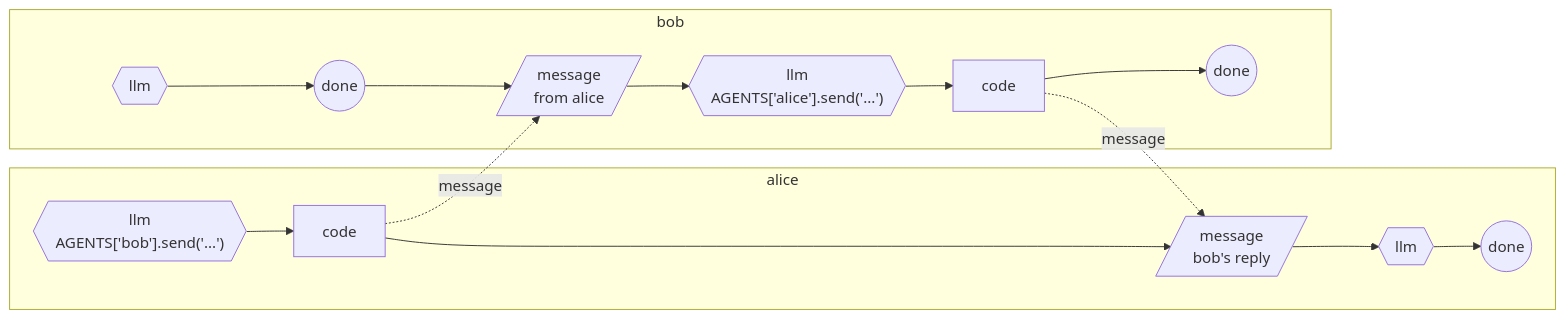
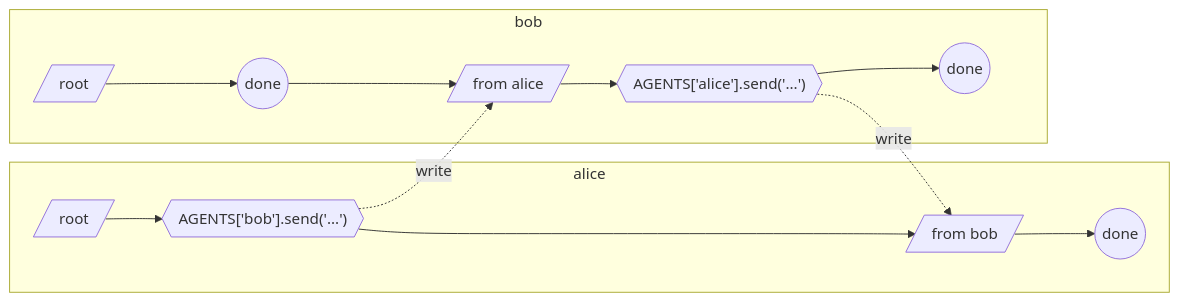
The fourth of 5 diagrams in README.md (shyamsn97/rlmflow), drawn with Mermaid before and after one commit. The commit also changed other lines of this file and 89 other files, not shown here.

````diff
--- a/README.md
+++ b/README.md
@@ -320,11 +321,11 @@
 ```mermaid
 flowchart LR
   subgraph alice
-    a1{{"llm<br/>AGENTS['bob'].send('...')"}} --> a2["code"] --> a3[/"message<br/>bob's reply"/] --> a4{{llm}} --> a5((done))
+    a0[/root/] --> a1{{"AGENTS['bob'].send('...')"}} --> a2[/"from bob"/] --> a3((done))
   end
   subgraph bob
-    b1{{llm}} --> b2((done)) --> b3[/"message<br/>from alice"/] --> b4{{"llm<br/>AGENTS['alice'].send('...')"}} --> b5[code] --> b6((done))
+    b0[/root/] --> b1((done)) --> b2[/"from alice"/] --> b3{{"AGENTS['alice'].send('...')"}} --> b4((done))
   end
-  a2 -. message .-> b3
-  b5 -. message .-> a3
+  a1 -. write .-> b2
+  b3 -. write .-> a2
 ```
````
